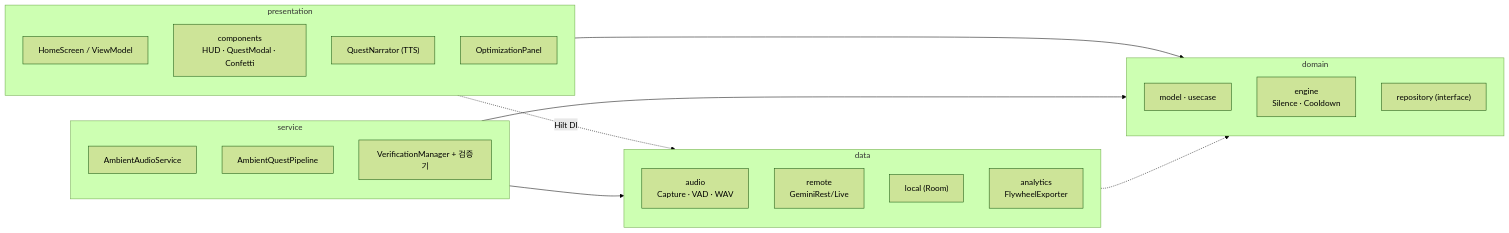
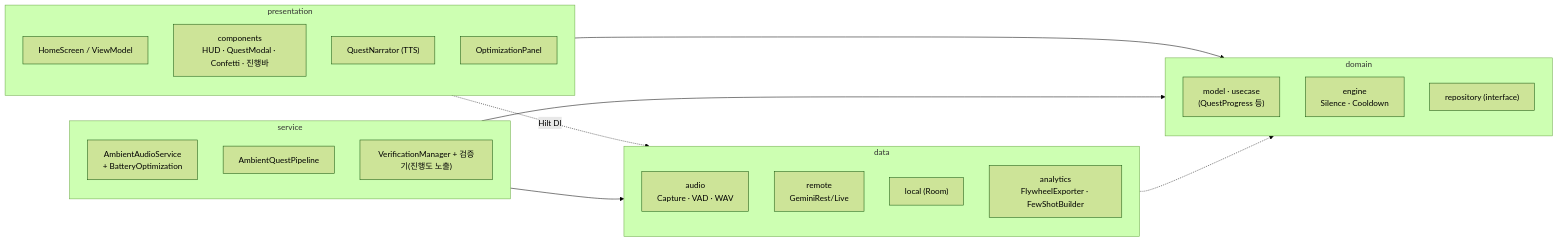
The fourth of 4 diagrams in README.md (RefXTeam/quest-ai-android), drawn with Mermaid (forest theme) before and after one commit. The commit also changed other lines of this file and 6 other files, not shown here.

First line of the commit message:
feat: 온디바이스 자동 few-shot 주입 + 문서 갱신

````diff
--- a/README.md
+++ b/README.md
@@ -109,35 +117,35 @@
 ```mermaid
 flowchart LR
     subgraph P["presentation"]
         direction TB
         Home["HomeScreen / ViewModel"]
-        Comp["components<br/>HUD · QuestModal · Confetti"]
+        Comp["components<br/>HUD · QuestModal · Confetti · 진행바"]
         Narr["QuestNarrator (TTS)"]
         Debug["OptimizationPanel"]
     end
     subgraph D["domain"]
         direction TB
-        Model["model · usecase"]
+        Model["model · usecase<br/>(QuestProgress 등)"]
         Eng["engine<br/>Silence · Cooldown"]
         Repo["repository (interface)"]
     end
     subgraph DA["data"]
         direction TB
         Audio["audio<br/>Capture · VAD · WAV"]
         Remote["remote<br/>GeminiRest/Live"]
         Local["local (Room)"]
-        Ana["analytics<br/>FlywheelExporter"]
+        Ana["analytics<br/>FlywheelExporter · FewShotBuilder"]
     end
     subgraph SV["service"]
         direction TB
-        Svc["AmbientAudioService"]
+        Svc["AmbientAudioService<br/>+ BatteryOptimization"]
         Pipe["AmbientQuestPipeline"]
-        Verif["VerificationManager + 검증기"]
+        Verif["VerificationManager + 검증기(진행도 노출)"]
     end
 
     P --> D
     SV --> D
     DA -.-> Repo
     P -.->|Hilt DI| DA
     SV --> DA
 ```
````
